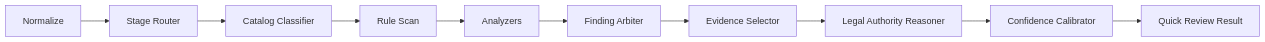
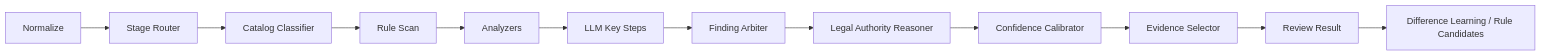
Before and after one commit to zeranlin/agent_compliance: the diagram in docs/design-docs/llm-fast-path-design.md, drawn with Mermaid. The commit also changed other lines of this file and 1 other file, not shown here.

````diff
--- a/docs/design-docs/llm-fast-path-design.md
+++ b/docs/design-docs/llm-fast-path-design.md
@@ -150,12 +144,14 @@
 ```mermaid
 flowchart LR
     A["Normalize"] --> B["Stage Router"]
     B --> C["Catalog Classifier"]
     C --> D["Rule Scan"]
     D --> E["Analyzers"]
-    E --> F["Finding Arbiter"]
-    F --> G["Evidence Selector"]
+    E --> F["LLM Key Steps"]
+    F --> G["Finding Arbiter"]
     G --> H["Legal Authority Reasoner"]
     H --> I["Confidence Calibrator"]
-    I --> J["Quick Review Result"]
+    I --> J["Evidence Selector"]
+    J --> K["Review Result"]
+    K --> L["Difference Learning / Rule Candidates"]
 ```
````
